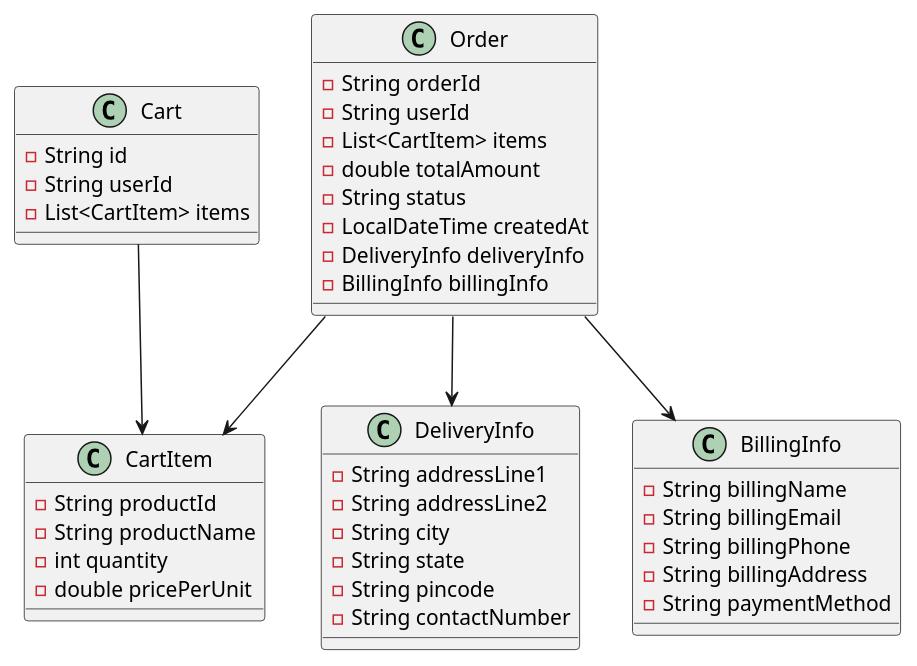
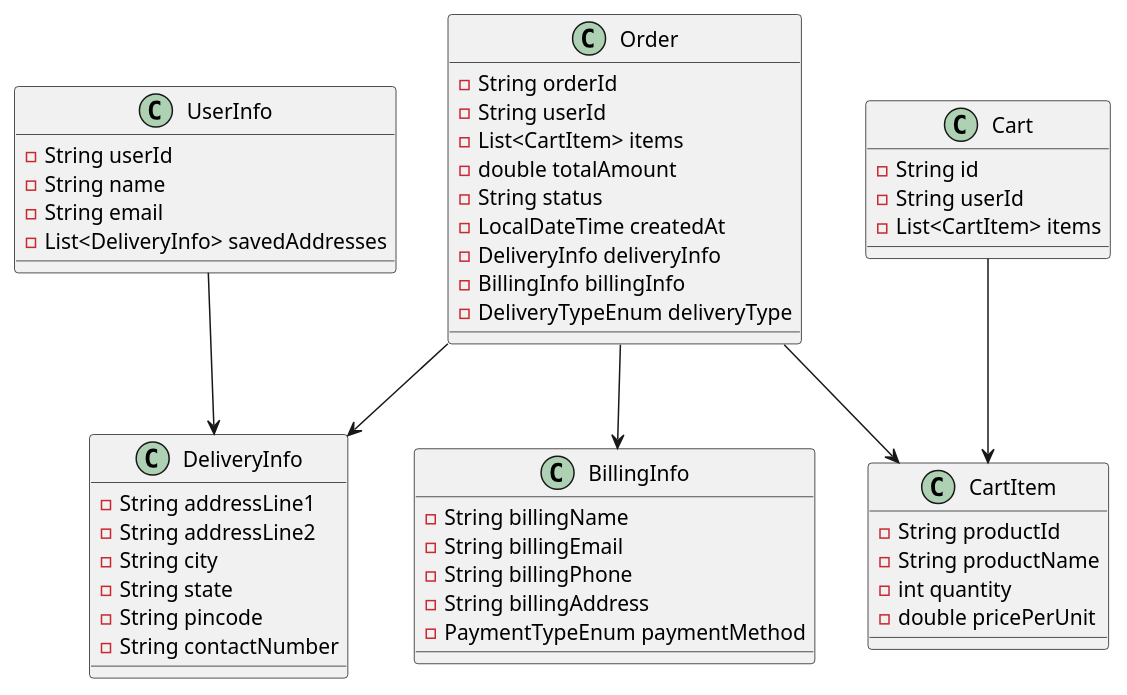
Before and after one commit to naveenkumar773747/ecommerce-common-lib: the diagram in src/main/java/com/ecommerce/shared/puml/OrderingSystem.puml, drawn with PlantUML. The commit also changed 6 other files, not shown here.

```diff
--- a/src/main/java/com/ecommerce/shared/puml/OrderingSystem.puml
+++ b/src/main/java/com/ecommerce/shared/puml/OrderingSystem.puml
@@ -1,49 +1,58 @@
 @startuml
+
+class UserInfo {
+ - String userId
+ - String name
+ - String email
+ - List<DeliveryInfo> savedAddresses
+}
 
 class Order {
   - String orderId
   - String userId
   - List<CartItem> items
   - double totalAmount
   - String status
   - LocalDateTime createdAt
   - DeliveryInfo deliveryInfo
   - BillingInfo billingInfo
+  - DeliveryTypeEnum deliveryType
 }
 
 class Cart {
   - String id
   - String userId
   - List<CartItem> items
 }
 
 class CartItem {
   - String productId
   - String productName
   - int quantity
   - double pricePerUnit
 }
 
 class DeliveryInfo {
   - String addressLine1
   - String addressLine2
   - String city
   - String state
   - String pincode
   - String contactNumber
 }
 
 class BillingInfo {
   - String billingName
   - String billingEmail
   - String billingPhone
   - String billingAddress
-  - String paymentMethod
+  - PaymentTypeEnum paymentMethod
 }
 
+UserInfo --> DeliveryInfo
 Order --> CartItem
 Cart --> CartItem
 Order --> DeliveryInfo
 Order --> BillingInfo
 
 @enduml
```
